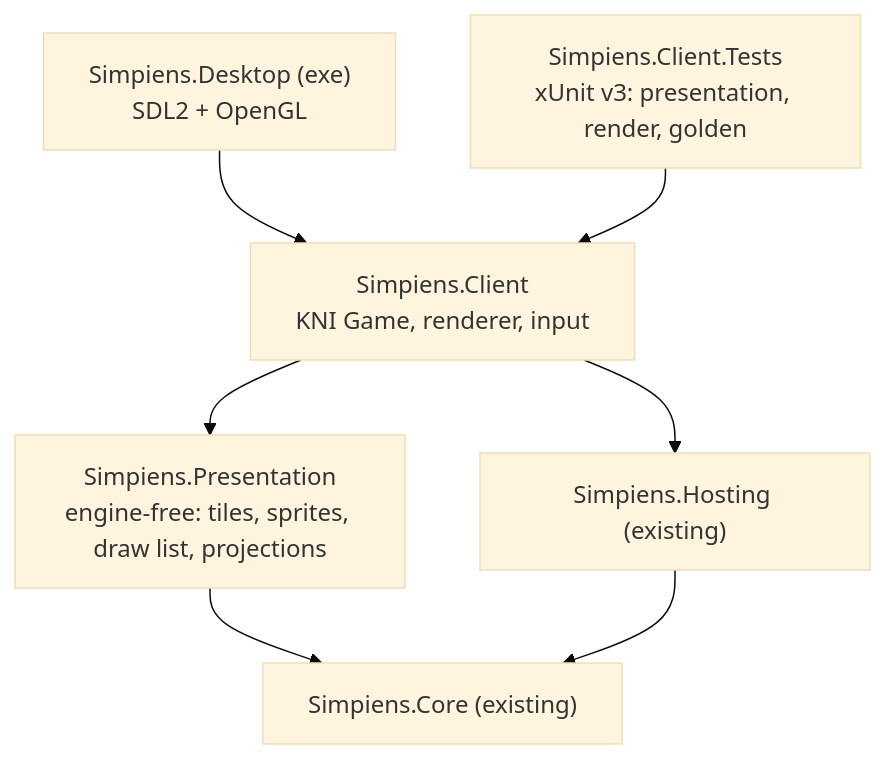
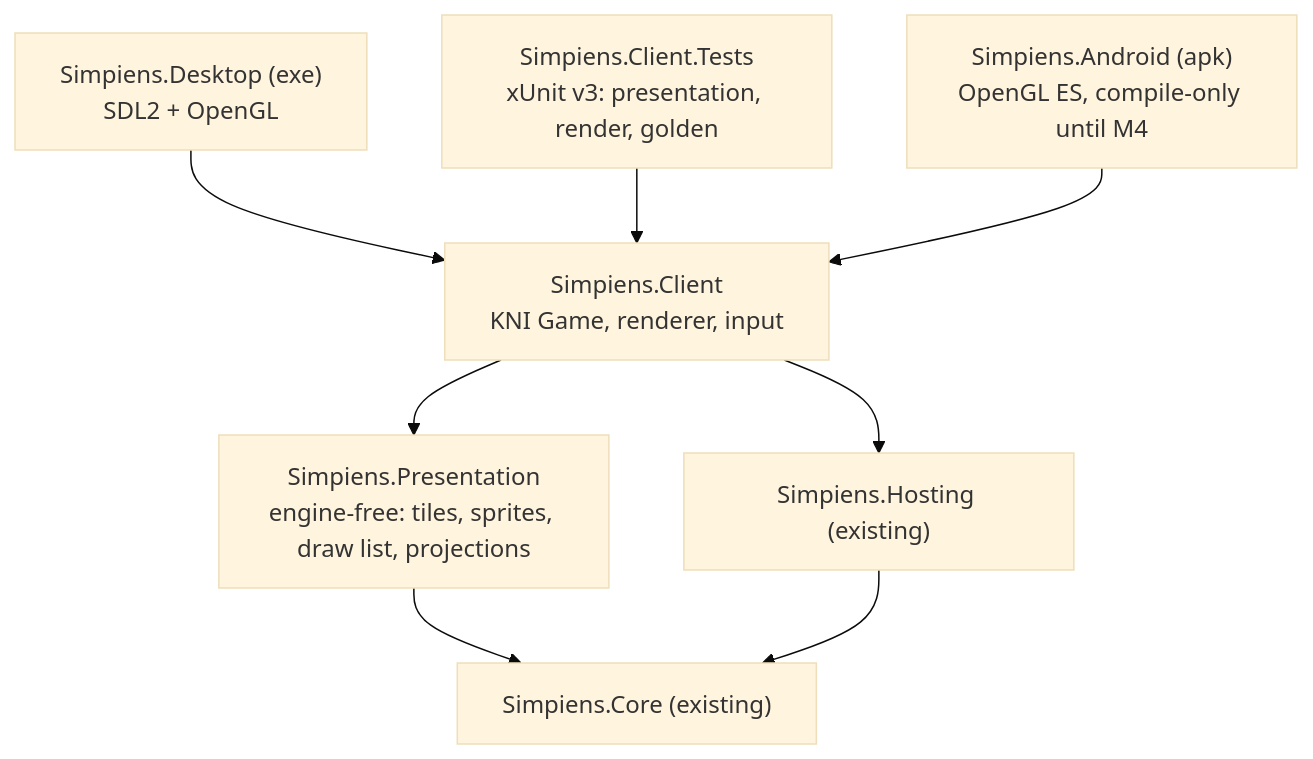
Before and after one commit to The1Fox1/Simpiens: the diagram in docs/epics/epic-client.md, drawn with Mermaid (base theme). The commit also changed other lines of this file and 4 other files, not shown here.

````diff
--- a/docs/epics/epic-client.md
+++ b/docs/epics/epic-client.md
@@ -71,9 +71,10 @@
 ```mermaid
 flowchart TB
     Desktop["Simpiens.Desktop (exe)<br/>SDL2 + OpenGL"] --> Client
     Client["Simpiens.Client<br/>KNI Game, renderer, input"] --> Presentation
     Client --> Hosting
     Presentation["Simpiens.Presentation<br/>engine-free: tiles, sprites, draw list, projections"] --> Core
     Hosting["Simpiens.Hosting (existing)"] --> Core["Simpiens.Core (existing)"]
     Tests["Simpiens.Client.Tests<br/>xUnit v3: presentation, render, golden"] --> Client
+    Android["Simpiens.Android (apk)<br/>OpenGL ES, compile-only until M4"] --> Client
 ```
````
